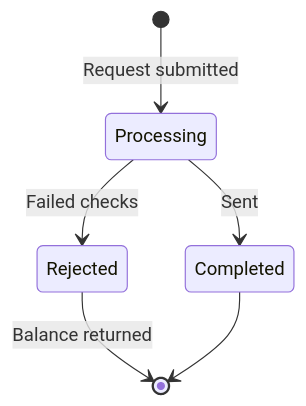
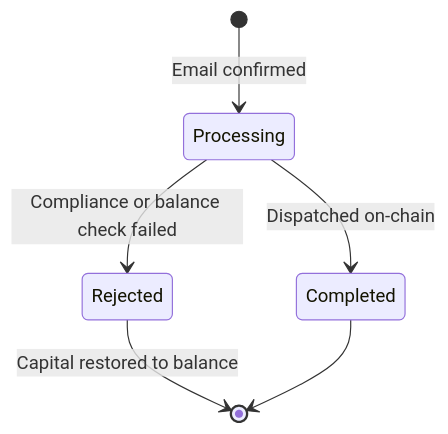
Before and after one commit to rempprandy/docs: the diagram in platform/withdrawals.mdx, drawn with Mermaid. The commit also changed other lines of this file and 37 other files, not shown here.

````diff
--- a/platform/withdrawals.mdx
+++ b/platform/withdrawals.mdx
@@ -40,8 +41,8 @@
 ```mermaid
 stateDiagram-v2
-    [*] --> Processing: Request submitted
-    Processing --> Completed: Sent
-    Processing --> Rejected: Failed checks
-    Rejected --> [*]: Balance returned
+    [*] --> Processing: Email confirmed
+    Processing --> Completed: Dispatched on-chain
+    Processing --> Rejected: Compliance or balance check failed
+    Rejected --> [*]: Capital restored to balance
     Completed --> [*]
 ```
````
